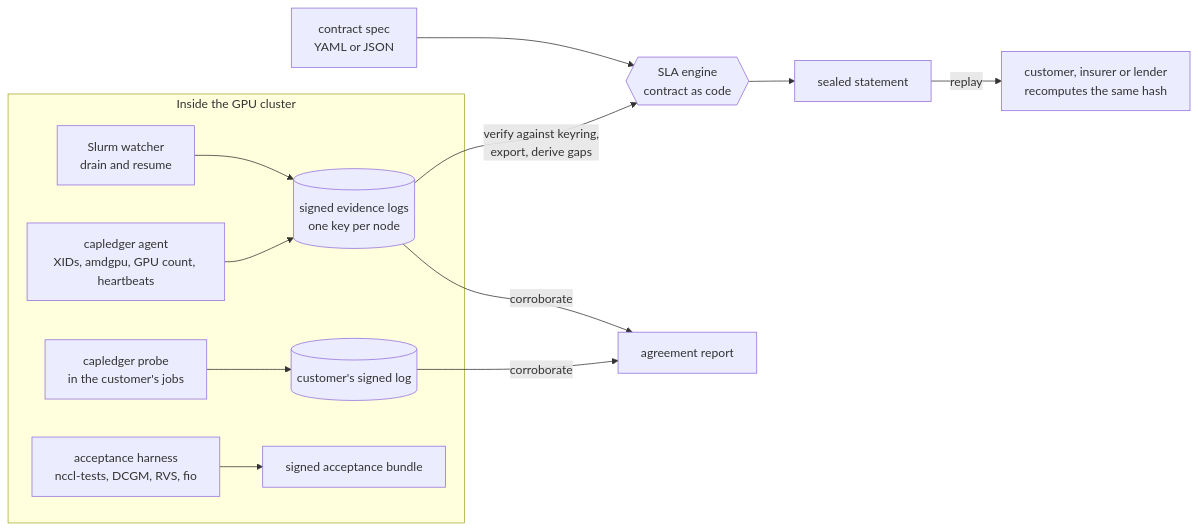
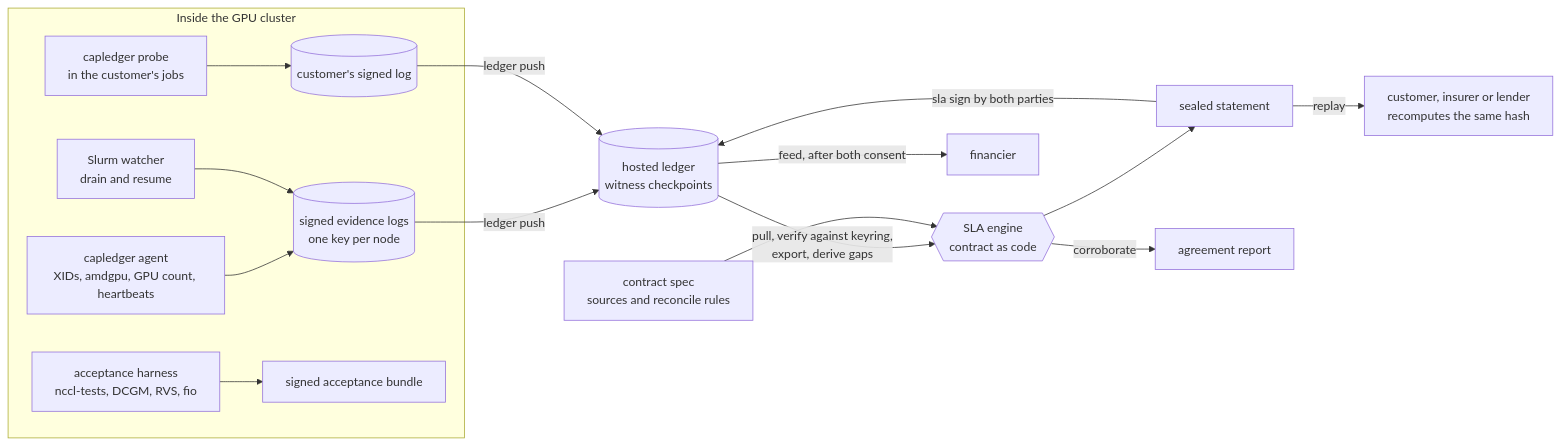
Before and after one commit to Sievehouse/gpu-sentinel: the first of 6 diagrams in README.md, drawn with Mermaid. The commit also changed other lines of this file, not shown here.

````diff
--- a/README.md
+++ b/README.md
@@ -47,15 +48,17 @@
 ```mermaid
 flowchart LR
   subgraph cluster["Inside the GPU cluster"]
     A["capledger agent<br/>XIDs, amdgpu, GPU count, heartbeats"] --> L[("signed evidence logs<br/>one key per node")]
     W["Slurm watcher<br/>drain and resume"] --> L
     P["capledger probe<br/>in the customer's jobs"] --> T[("customer's signed log")]
     H["acceptance harness<br/>nccl-tests, DCGM, RVS, fio"] --> B["signed acceptance bundle"]
   end
-  L -->|"verify against keyring,<br/>export, derive gaps"| E{{"SLA engine<br/>contract as code"}}
-  C["contract spec<br/>YAML or JSON"] --> E
+  L & T -->|"ledger push"| LG[("hosted ledger<br/>witness checkpoints")]
+  LG -->|"pull, verify against keyring,<br/>export, derive gaps"| E{{"SLA engine<br/>contract as code"}}
+  C["contract spec<br/>sources and reconcile rules"] --> E
   E --> S["sealed statement"]
+  S -->|"sla sign by both parties"| LG
   S -->|replay| V["customer, insurer or lender<br/>recomputes the same hash"]
-  T -->|corroborate| R["agreement report"]
-  L -->|corroborate| R
+  LG -->|"feed, after both consent"| F["financier"]
+  E -->|corroborate| R["agreement report"]
 ```
````
